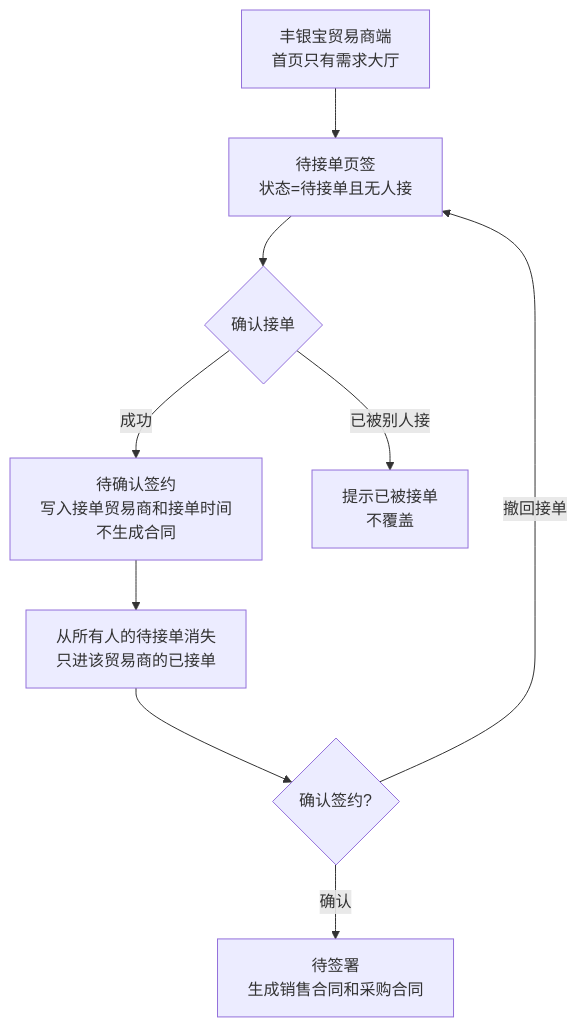
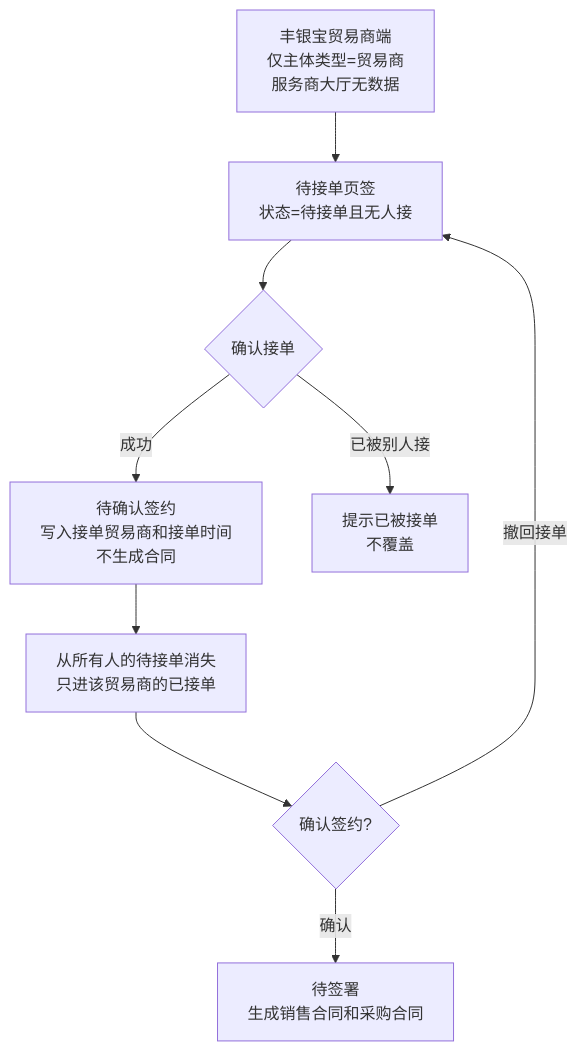
Before and after one commit to 342-droid/LFerp: the sixth of 7 diagrams in RBT/docs/整体业务流程图.md, drawn with Mermaid. The commit also changed other lines of this file and 9 other files, not shown here.

````diff
--- a/RBT/docs/整体业务流程图.md
+++ b/RBT/docs/整体业务流程图.md
@@ -151,11 +151,11 @@
 ```mermaid
 flowchart TB
-  T0[丰银宝贸易商端<br/>首页只有需求大厅] --> T1[待接单页签<br/>状态=待接单且无人接]
+  T0[丰银宝贸易商端<br/>仅主体类型=贸易商<br/>服务商大厅无数据] --> T1[待接单页签<br/>状态=待接单且无人接]
   T1 --> T2{确认接单}
   T2 -->|成功| T3[待确认签约<br/>写入接单贸易商和接单时间<br/>不生成合同]
   T2 -->|已被别人接| T4[提示已被接单<br/>不覆盖]
   T3 --> T5[从所有人的待接单消失<br/>只进该贸易商的已接单]
   T5 --> T6{确认签约?}
   T6 -->|确认| T7[待签署<br/>生成销售合同和采购合同]
   T6 -->|撤回接单| T1
 ```
````
